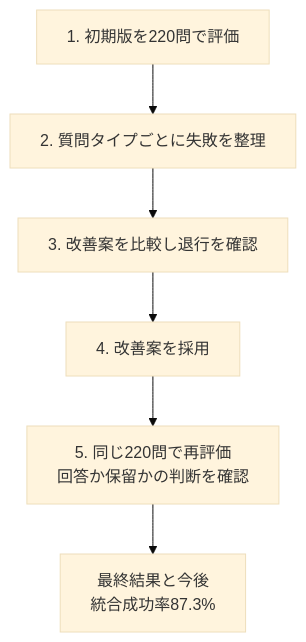
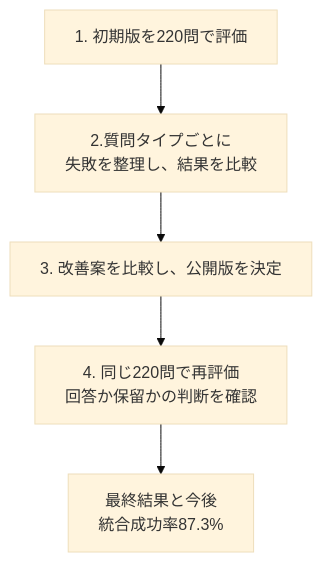
The diagram in README.md (toko1970/municipal-rag-assistant), drawn with Mermaid (base theme) before and after one commit. The commit also changed other lines of this file, not shown here.

````diff
--- a/README.md
+++ b/README.md
@@ -40,11 +40,16 @@
 ```mermaid
-%%{init: {"flowchart": {"wrappingWidth": 300, "minNodeWidth": 260}}}%%
+---
+config:
+  markdownAutoWrap: false
+  flowchart:
+    wrappingWidth: 360
+    minNodeWidth: 260
+---
 flowchart TD
     A[1. 初期版を220問で評価]
-    B[2. 質問タイプごとに失敗を整理]
-    C[3. 改善案を比較し退行を確認]
-    D[4. 改善案を採用]
-    E[5. 同じ220問で再評価<br/>回答か保留かの判断を確認]
-    F[最終結果と今後<br/>統合成功率87.3%]
-    A --> B --> C --> D --> E --> F
+    B[2.質問タイプごとに<br/>失敗を整理し、結果を比較]
+    C[3. 改善案を比較し、公開版を決定]
+    D[4. 同じ220問で再評価<br/>回答か保留かの判断を確認]
+    E[最終結果と今後<br/>統合成功率87.3%]
+    A --> B --> C --> D --> E
 ```
````
